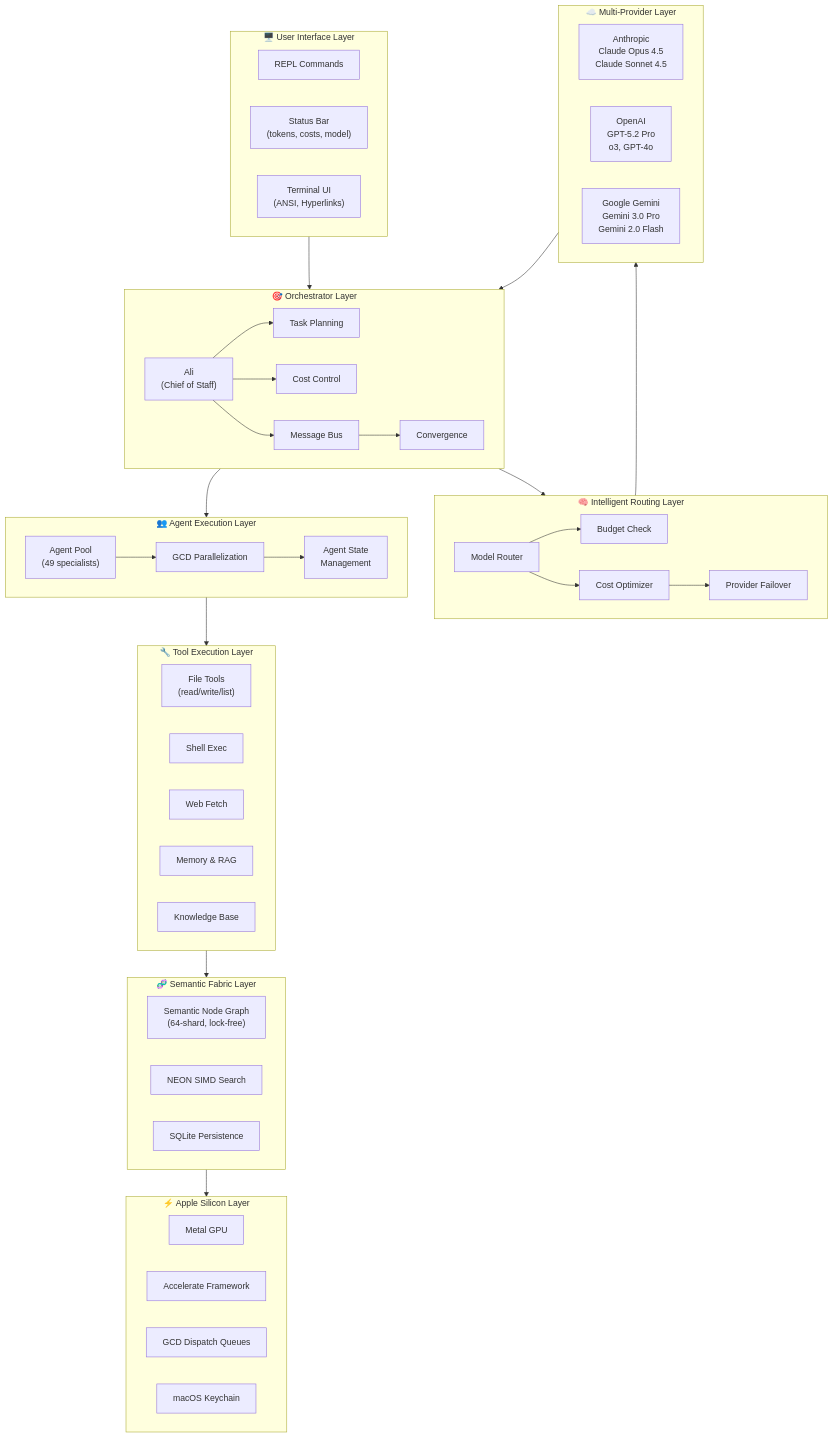
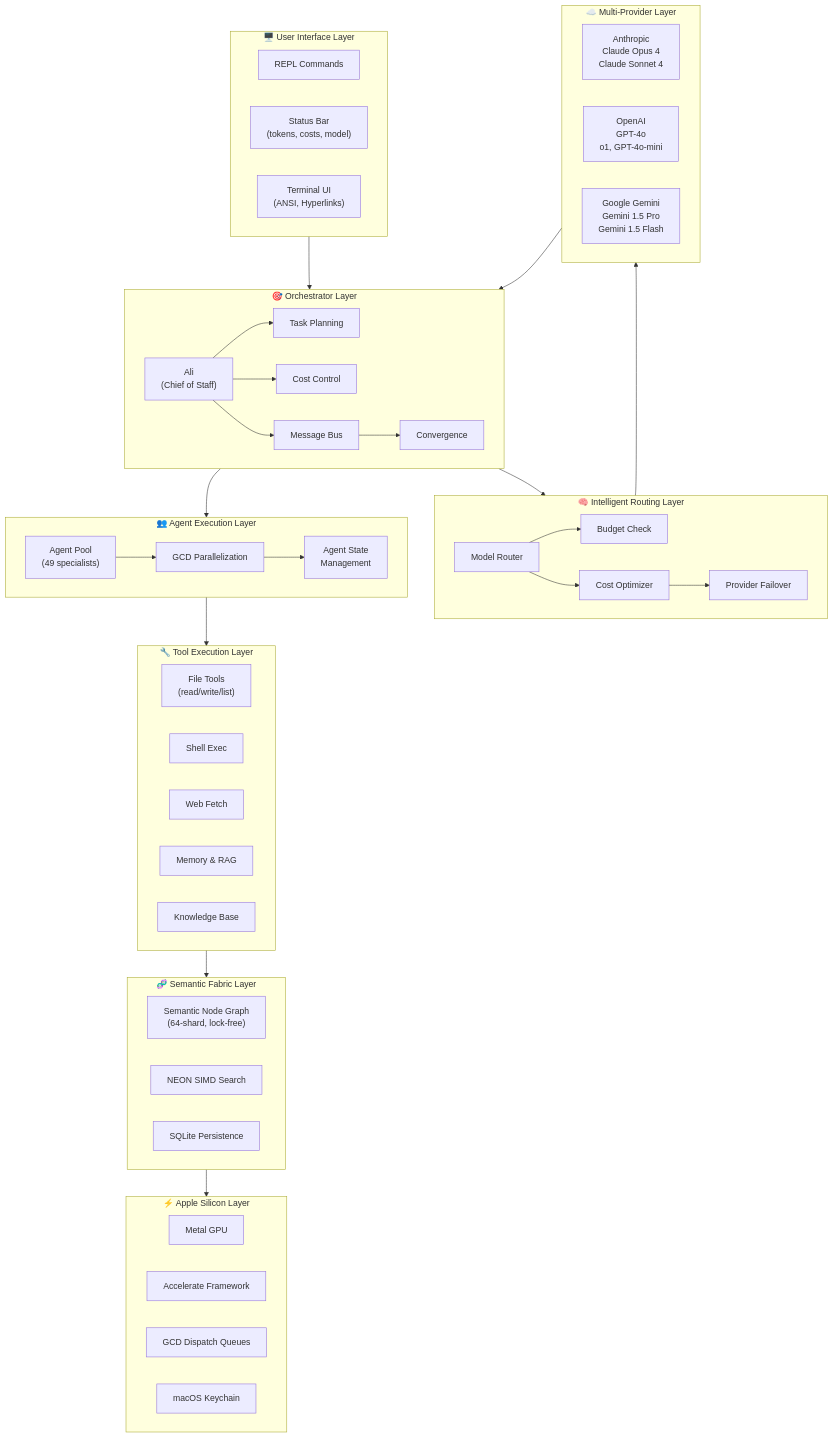
Before and after one commit to Roberdan/convergio-cli: the first of 4 diagrams in README.md, drawn with Mermaid. The commit also changed other lines of this file and 13 other files, not shown here.

````diff
--- a/README.md
+++ b/README.md
@@ -337,78 +337,78 @@
 ```mermaid
 flowchart TB
     subgraph UI["🖥️ User Interface Layer"]
         REPL["REPL Commands"]
         StatusBar["Status Bar<br/>(tokens, costs, model)"]
         Terminal["Terminal UI<br/>(ANSI, Hyperlinks)"]
     end
 
     subgraph ORCH["🎯 Orchestrator Layer"]
         Ali["Ali<br/>(Chief of Staff)"]
         Planning["Task Planning"]
         CostCtrl["Cost Control"]
         MsgBus["Message Bus"]
         Conv["Convergence"]
     end
 
     subgraph ROUTER["🧠 Intelligent Routing Layer"]
         ModelRouter["Model Router"]
         CostOpt["Cost Optimizer"]
         BudgetCheck["Budget Check"]
         Failover["Provider Failover"]
     end
 
     subgraph PROVIDERS["☁️ Multi-Provider Layer"]
         direction LR
-        Anthropic["Anthropic<br/>Claude Opus 4.5<br/>Claude Sonnet 4.5"]
-        OpenAI["OpenAI<br/>GPT-5.2 Pro<br/>o3, GPT-4o"]
-        Gemini["Google Gemini<br/>Gemini 3.0 Pro<br/>Gemini 2.0 Flash"]
+        Anthropic["Anthropic<br/>Claude Opus 4<br/>Claude Sonnet 4"]
+        OpenAI["OpenAI<br/>GPT-4o<br/>o1, GPT-4o-mini"]
+        Gemini["Google Gemini<br/>Gemini 1.5 Pro<br/>Gemini 1.5 Flash"]
     end
 
     subgraph AGENTS["👥 Agent Execution Layer"]
         AgentPool["Agent Pool<br/>(49 specialists)"]
         GCD["GCD Parallelization"]
         AgentState["Agent State<br/>Management"]
     end
 
     subgraph TOOLS["🔧 Tool Execution Layer"]
         FileTools["File Tools<br/>(read/write/list)"]
         ShellExec["Shell Exec"]
         WebFetch["Web Fetch"]
         MemoryRAG["Memory & RAG"]
         KnowledgeBase["Knowledge Base"]
     end
 
     subgraph FABRIC["🧬 Semantic Fabric Layer"]
         SemanticGraph["Semantic Node Graph<br/>(64-shard, lock-free)"]
         NEON["NEON SIMD Search"]
         SQLite["SQLite Persistence"]
     end
 
     subgraph SILICON["⚡ Apple Silicon Layer"]
         Metal["Metal GPU"]
         Accelerate["Accelerate Framework"]
         GCDQueues["GCD Dispatch Queues"]
         Keychain["macOS Keychain"]
     end
 
     UI --> ORCH
     ORCH --> ROUTER
     ROUTER --> PROVIDERS
     PROVIDERS --> ORCH
     ORCH --> AGENTS
     AGENTS --> TOOLS
     TOOLS --> FABRIC
     FABRIC --> SILICON
 
     Ali --> Planning
     Ali --> CostCtrl
     Ali --> MsgBus
     MsgBus --> Conv
 
     ModelRouter --> BudgetCheck
     ModelRouter --> CostOpt
     CostOpt --> Failover
 
     AgentPool --> GCD
     GCD --> AgentState
 ```
````
